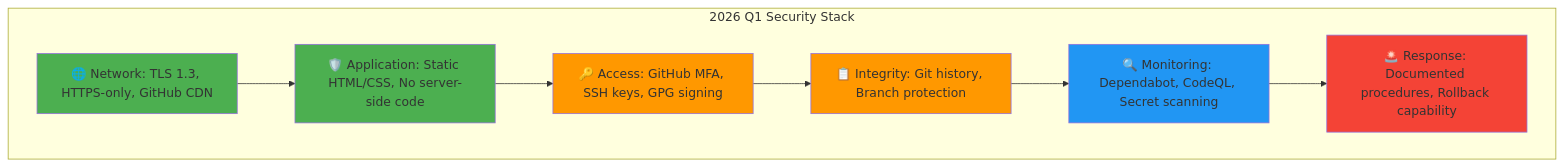
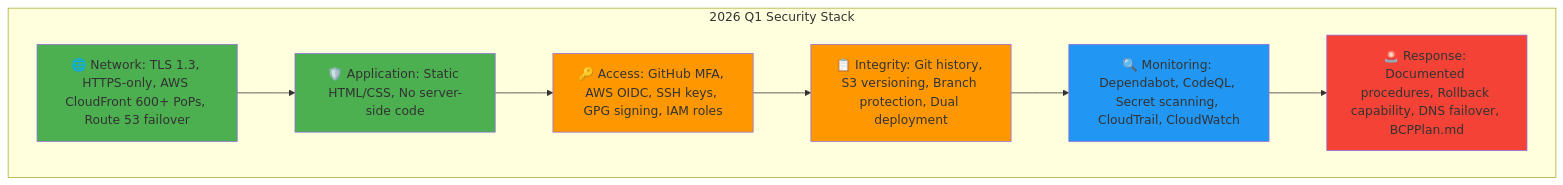
Before and after one commit to Hack23/riksdagsmonitor: the first of 9 diagrams in FUTURE_SECURITY_ARCHITECTURE.md, drawn with Mermaid. The commit also changed other lines of this file, not shown here.

Commit message:
Update FUTURE_SECURITY_ARCHITECTURE.md to align with AWS infrastructure

````diff
--- a/FUTURE_SECURITY_ARCHITECTURE.md
+++ b/FUTURE_SECURITY_ARCHITECTURE.md
@@ -52,24 +54,24 @@
 ```mermaid
 graph TB
     subgraph "2026 Q1 Security Stack"
-        L1[🌐 Network: TLS 1.3, HTTPS-only, GitHub CDN]
+        L1[🌐 Network: TLS 1.3, HTTPS-only, AWS CloudFront 600+ PoPs, Route 53 failover]
         L2[🛡️ Application: Static HTML/CSS, No server-side code]
-        L3[🔑 Access: GitHub MFA, SSH keys, GPG signing]
-        L4[📋 Integrity: Git history, Branch protection]
-        L5[🔍 Monitoring: Dependabot, CodeQL, Secret scanning]
-        L6[🚨 Response: Documented procedures, Rollback capability]
+        L3[🔑 Access: GitHub MFA, AWS OIDC, SSH keys, GPG signing, IAM roles]
+        L4[📋 Integrity: Git history, S3 versioning, Branch protection, Dual deployment]
+        L5[🔍 Monitoring: Dependabot, CodeQL, Secret scanning, CloudTrail, CloudWatch]
+        L6[🚨 Response: Documented procedures, Rollback capability, DNS failover, BCPPlan.md]
     end
     
     L1 --> L2
     L2 --> L3
     L3 --> L4
     L4 --> L5
     L5 --> L6
     
     style L1 fill:#4caf50
     style L2 fill:#4caf50
     style L3 fill:#ff9800
     style L4 fill:#ff9800
     style L5 fill:#2196f3
     style L6 fill:#f44336
 ```
````
